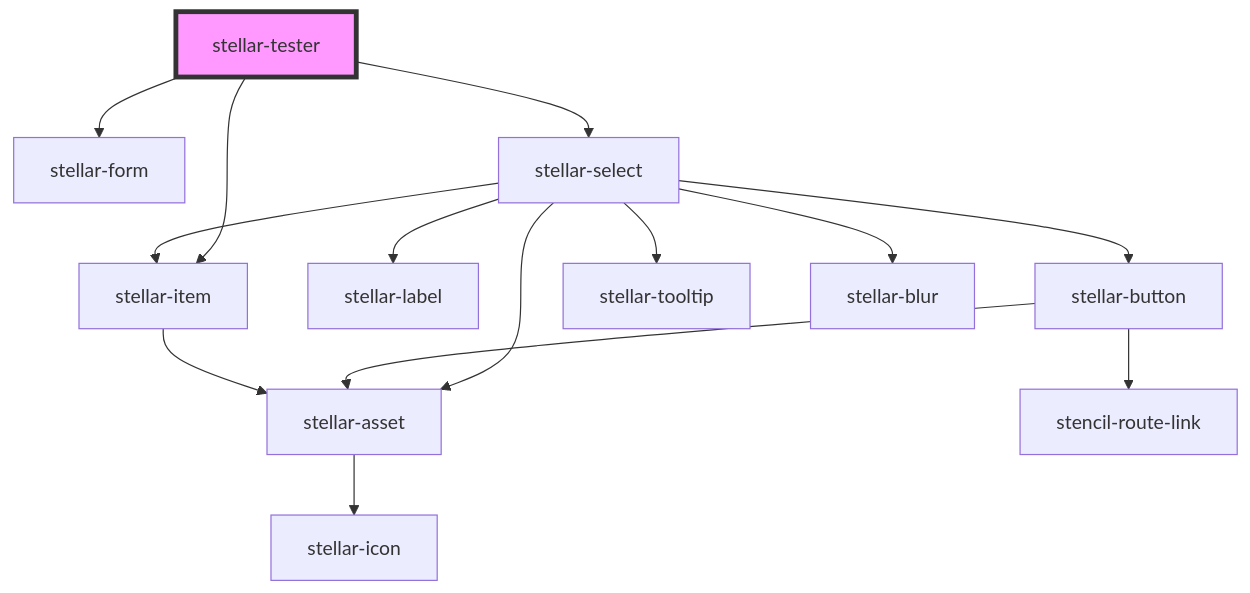
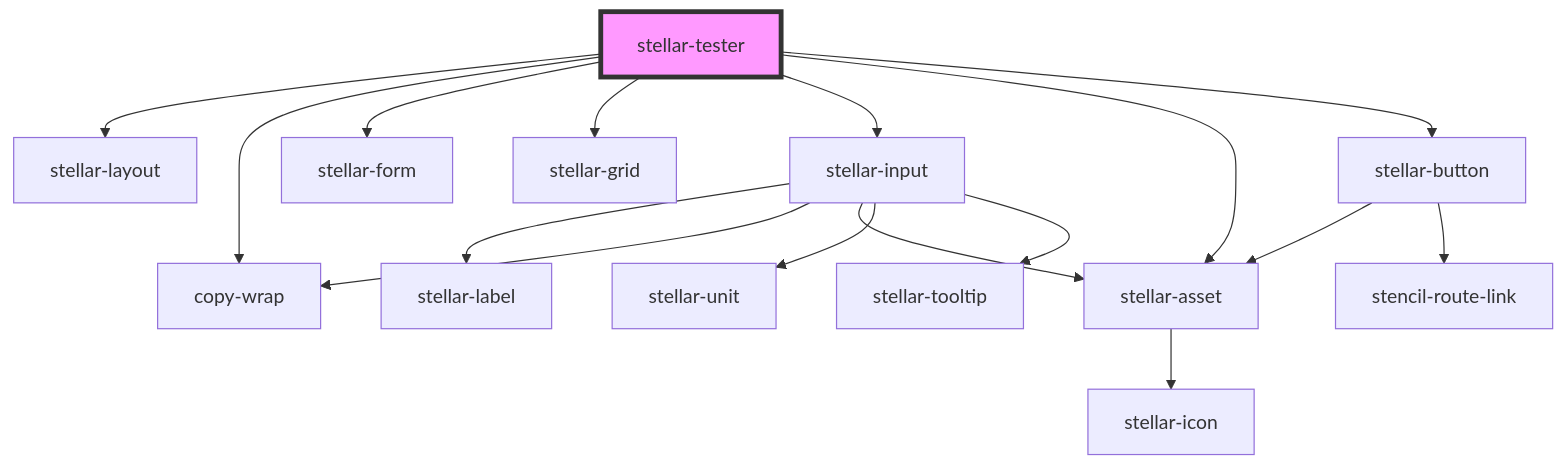
The diagram in src/components/tester/readme.md (splitinfinities/Stellar), drawn with Mermaid before and after one commit. The commit also changed other lines of this file and 11 other files, not shown here.

````diff
--- a/src/components/tester/readme.md
+++ b/src/components/tester/readme.md
@@ -30,17 +21,19 @@
 ```mermaid
 graph TD;
+  stellar-tester --> stellar-layout
+  stellar-tester --> copy-wrap
   stellar-tester --> stellar-form
-  stellar-tester --> stellar-select
-  stellar-tester --> stellar-item
-  stellar-select --> stellar-label
-  stellar-select --> stellar-button
-  stellar-select --> stellar-asset
-  stellar-select --> stellar-item
-  stellar-select --> stellar-tooltip
-  stellar-select --> stellar-blur
+  stellar-tester --> stellar-grid
+  stellar-tester --> stellar-input
+  stellar-tester --> stellar-asset
+  stellar-tester --> stellar-button
+  stellar-input --> stellar-label
+  stellar-input --> copy-wrap
+  stellar-input --> stellar-asset
+  stellar-input --> stellar-unit
+  stellar-input --> stellar-tooltip
+  stellar-asset --> stellar-icon
   stellar-button --> stellar-asset
   stellar-button --> stencil-route-link
-  stellar-asset --> stellar-icon
-  stellar-item --> stellar-asset
   style stellar-tester fill:#f9f,stroke:#333,stroke-width:4px
 ```
````
